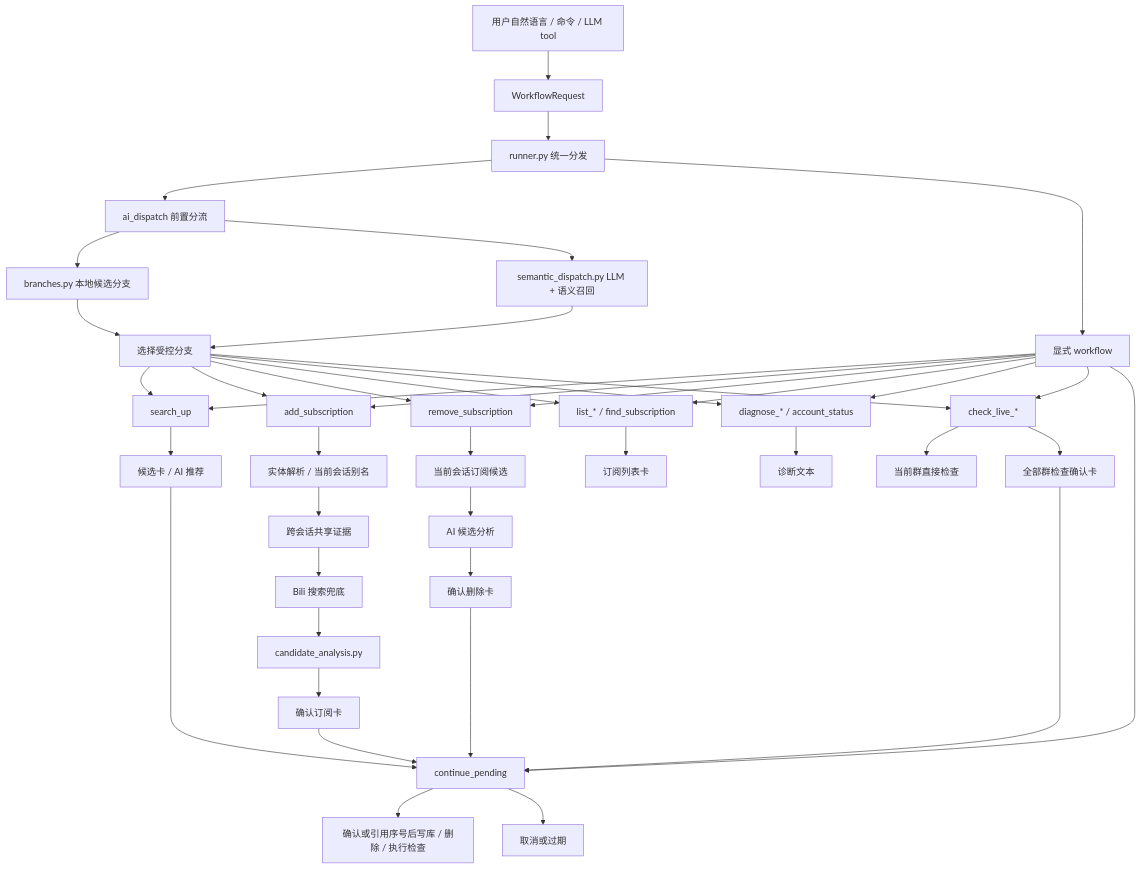
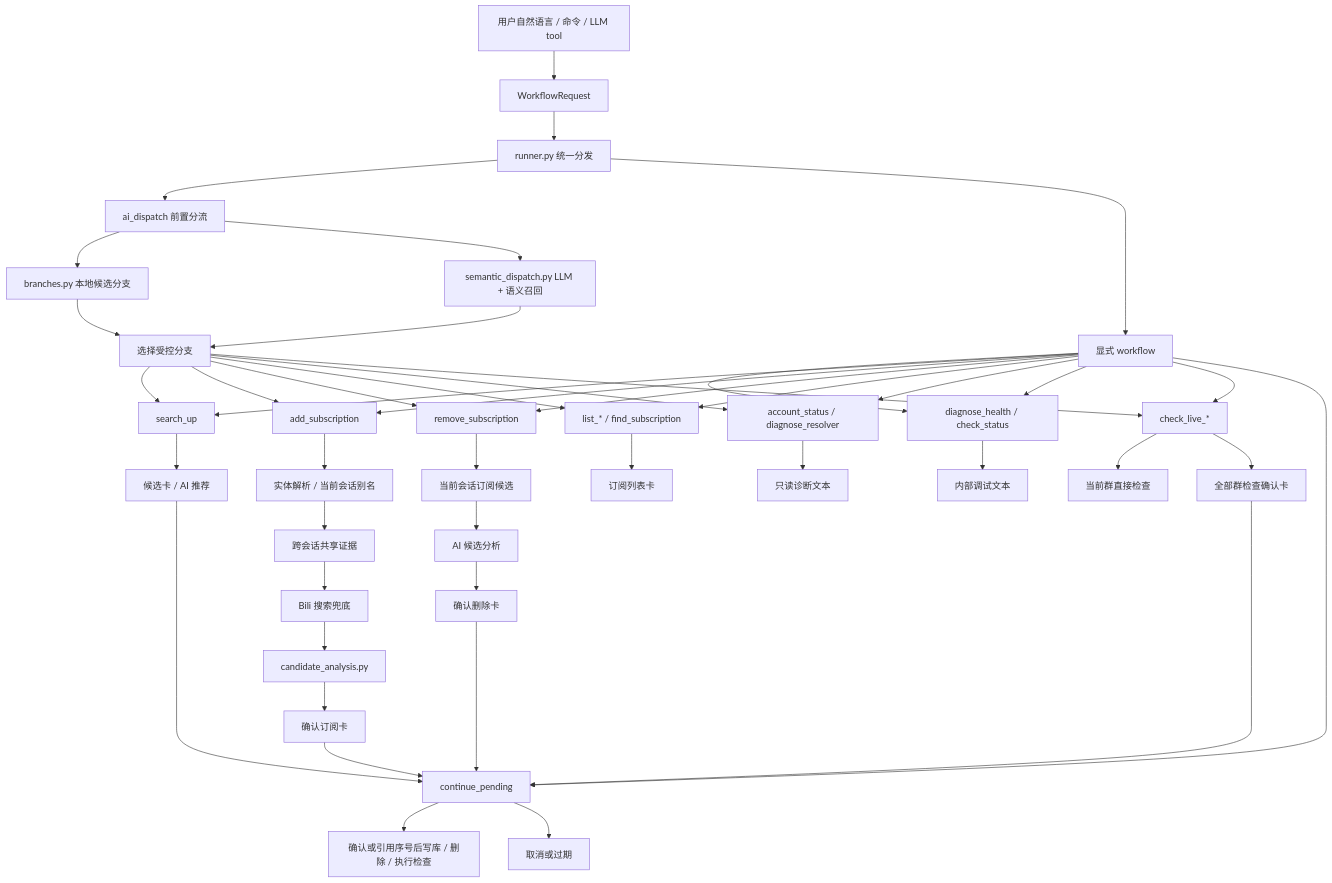
The first of 5 diagrams in workflows/workflow-map.md (memoriass/astrbot_plugin_bilibili_push), drawn with Mermaid before and after one commit. The commit also changed other lines of this file and 10 other files, not shown here.

Commit message:
chore: restrict health workflows to internal use

````diff
--- a/workflows/workflow-map.md
+++ b/workflows/workflow-map.md
@@ -12,50 +12,53 @@
 ```mermaid
 flowchart TD
     Entry["用户自然语言 / 命令 / LLM tool"] --> Request["WorkflowRequest"]
     Request --> Runner["runner.py 统一分发"]
     Runner --> Dispatch["ai_dispatch 前置分流"]
     Runner --> Direct["显式 workflow"]
 
     Dispatch --> Branches["branches.py 本地候选分支"]
     Dispatch --> Semantic["semantic_dispatch.py LLM + 语义召回"]
     Semantic --> Select["选择受控分支"]
     Branches --> Select
 
     Select --> Search["search_up"]
     Select --> Add["add_subscription"]
     Select --> Remove["remove_subscription"]
     Select --> Lists["list_* / find_subscription"]
-    Select --> Diagnose["diagnose_* / account_status"]
+    Select --> Diagnose["account_status / diagnose_resolver"]
+    Direct --> InternalDiag["diagnose_health / check_status"]
     Select --> LiveCheck["check_live_*"]
 
     Direct --> Search
     Direct --> Add
     Direct --> Remove
     Direct --> Lists
     Direct --> Diagnose
+    Direct --> InternalDiag
     Direct --> LiveCheck
     Direct --> Pending["continue_pending"]
 
     Search --> CandidateCard["候选卡 / AI 推荐"]
     Add --> Resolve["实体解析 / 当前会话别名"]
     Resolve --> SharedAlias["跨会话共享证据"]
     SharedAlias --> BiliSearch["Bili 搜索兜底"]
     BiliSearch --> CandidateAI["candidate_analysis.py"]
     CandidateAI --> AddConfirm["确认订阅卡"]
     Remove --> CurrentSubs["当前会话订阅候选"]
     CurrentSubs --> RemoveAI["AI 候选分析"]
     RemoveAI --> RemoveConfirm["确认删除卡"]
 
     Lists --> ListCard["订阅列表卡"]
-    Diagnose --> Text["诊断文本"]
+    Diagnose --> Text["只读诊断文本"]
+    InternalDiag --> InternalText["内部调试文本"]
     LiveCheck --> CurrentLive["当前群直接检查"]
     LiveCheck --> AllLiveConfirm["全部群检查确认卡"]
 
     CandidateCard --> Pending
     AddConfirm --> Pending
     RemoveConfirm --> Pending
     AllLiveConfirm --> Pending
 
     Pending --> Write["确认或引用序号后写库 / 删除 / 执行检查"]
     Pending --> Cancel["取消或过期"]
 ```
````
